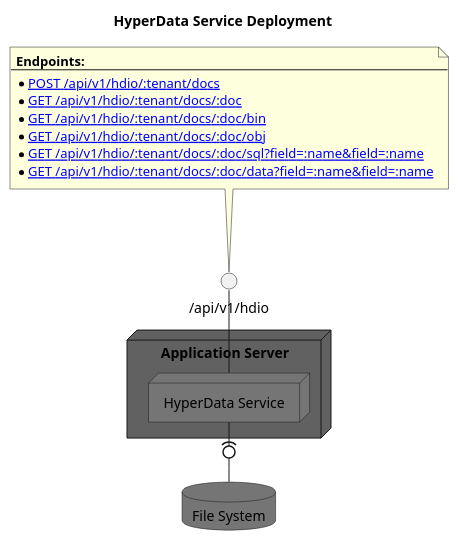
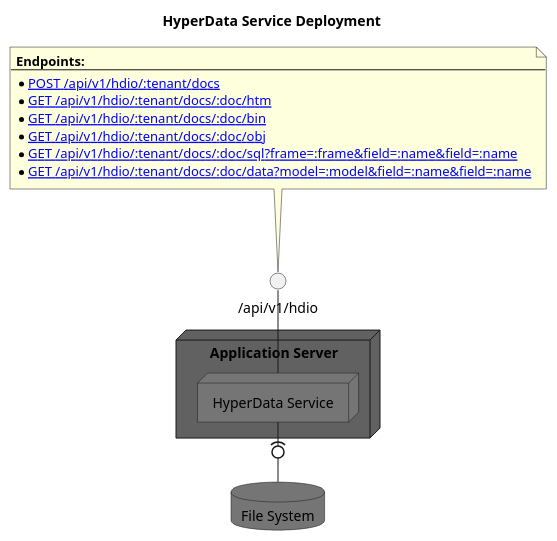
Before and after one commit to hdml-github/hdml-github.github.io: the sixth of 7 diagrams in puml/general.puml, drawn with PlantUML. The commit also changed other lines of this file and 10 other files, not shown here.

```diff
--- a/puml/general.puml
+++ b/puml/general.puml
@@ -148,25 +175,25 @@
 @startuml hyperdata
   title HyperData Service Deployment
 
   note as API
     **Endpoints:**
     ----
     * [[../hyperdata/post_docs.svg POST /api/v1/hdio/:tenant/docs]]
-    * [[./ GET /api/v1/hdio/:tenant/docs/:doc]]
+    * [[./ GET /api/v1/hdio/:tenant/docs/:doc/htm]]
     * [[./ GET /api/v1/hdio/:tenant/docs/:doc/bin]]
     * [[./ GET /api/v1/hdio/:tenant/docs/:doc/obj]]
-    * [[./ GET /api/v1/hdio/:tenant/docs/:doc/sql?field=:name&field=:name]]
-    * [[./ GET /api/v1/hdio/:tenant/docs/:doc/data?field=:name&field=:name]]
+    * [[./ GET /api/v1/hdio/:tenant/docs/:doc/sql?frame=:frame&field=:name&field=:name]]
+    * [[./ GET /api/v1/hdio/:tenant/docs/:doc/data?model=:model&field=:name&field=:name]]
   end note
 
   interface "/api/v1/hdio" as HDIO_REST_API
   API -- HDIO_REST_API
 
   node "Application Server" as Application_Server #616161 {
     node "HyperData Service" as HyperData_Service #757575
     HDIO_REST_API -- HyperData_Service
   }
   
   database "File System" as File_System [[./fs.svg]] #757575
   HyperData_Service -(0- File_System
 @enduml
```
